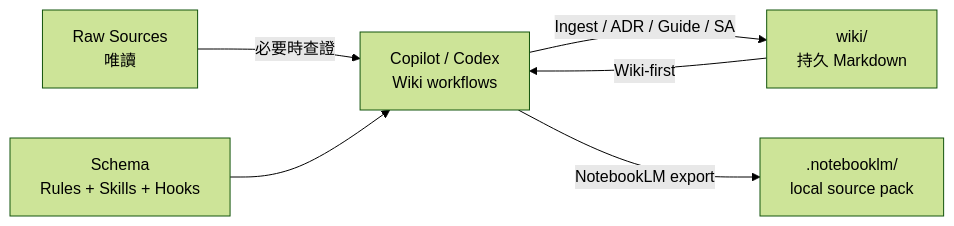
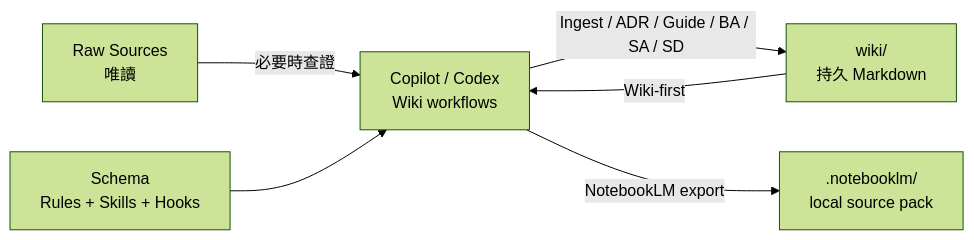
Before and after one commit to dennis8499/code-base-llm-wiki: the diagram in README.md, drawn with Mermaid (forest theme). The commit also changed other lines of this file and 67 other files, not shown here.

````diff
--- a/README.md
+++ b/README.md
@@ -73,8 +73,8 @@
 ```mermaid
 flowchart LR
     Source[Raw Sources\n唯讀] -->|必要時查證| Agent[Copilot / Codex\nWiki workflows]
     Wiki[wiki/\n持久 Markdown] -->|Wiki-first| Agent
-    Agent -->|Ingest / ADR / Guide / SA| Wiki
+    Agent -->|Ingest / ADR / Guide / BA / SA / SD| Wiki
     Agent -->|NotebookLM export| Pack[.notebooklm/\nlocal source pack]
     Schema[Schema\nRules + Skills + Hooks] --> Agent
 ```
````
